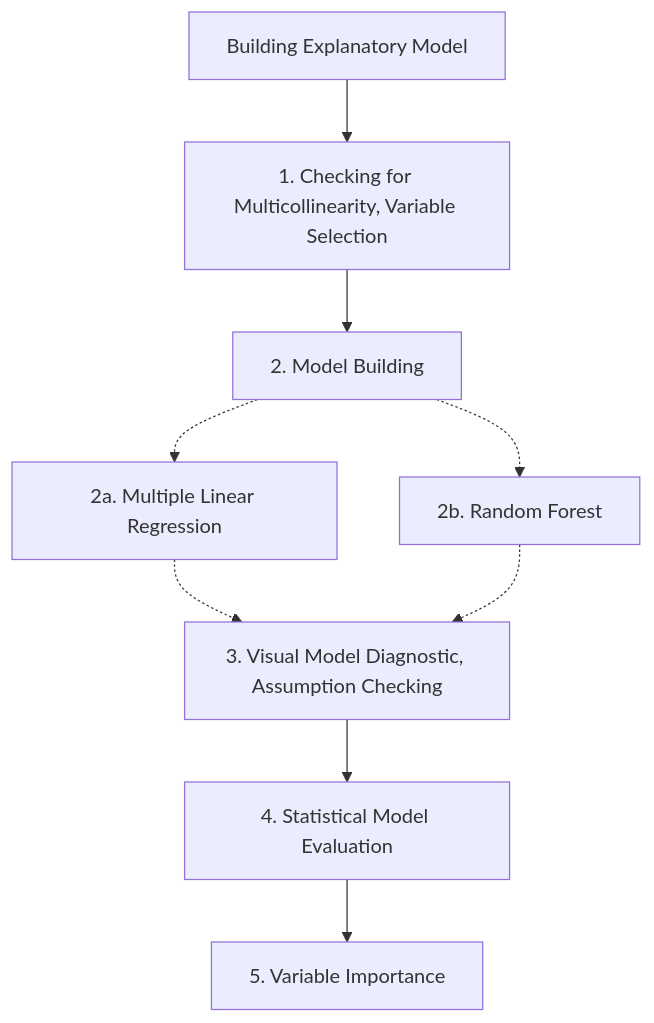
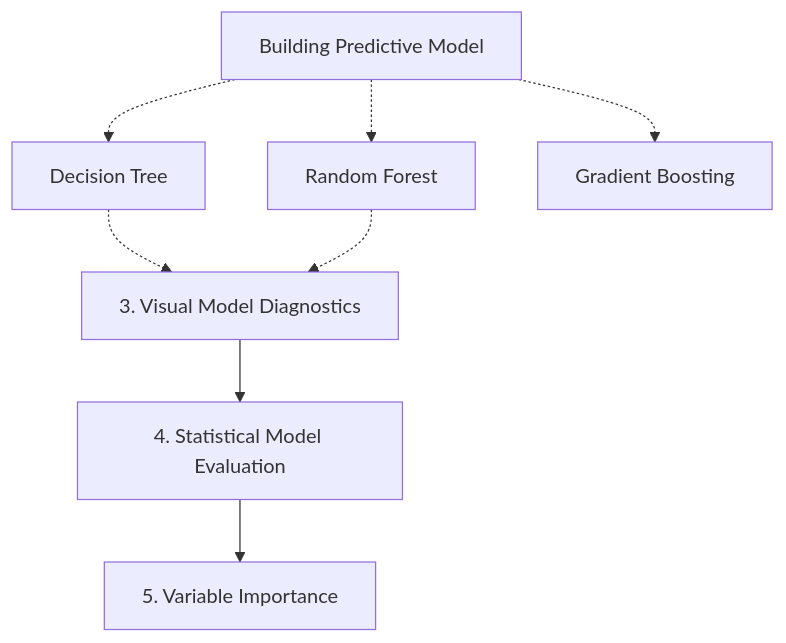
The diagram in Take-home_Ex/Take-home_Ex04/Take-home_Ex04.qmd (kytjy/ISSS608-VAA), drawn with Mermaid before and after one commit. The commit also changed other lines of this file and 43 other files, not shown here.

````diff
--- a/Take-home_Ex/Take-home_Ex04/Take-home_Ex04.qmd
+++ b/Take-home_Ex/Take-home_Ex04/Take-home_Ex04.qmd
@@ -77,14 +73,13 @@
 ```{mermaid}
 %%| fig-width: 8
 %%| echo: false
 
 flowchart TD
-    A[Building Explanatory Model]-->B[1. Checking for Multicollinearity, Variable Selection]
-    B-->C[2. Model Building]
-    C-.->C1[2a. Multiple Linear Regression]
-    C-.-> C2[2b. Random Forest]
-    C1-.->F[3. Visual Model Diagnostic, Assumption Checking]
+    C[Building Predictive Model]-.->C1[Decision Tree]
+    C-.-> C2[Random Forest]
+    C-.-> C3[Gradient Boosting]
+    C1-.->F[3. Visual Model Diagnostics]
     C2-.->F
     F -->E[4. Statistical Model Evaluation]
     E-->D[5. Variable Importance]
 ```
````
